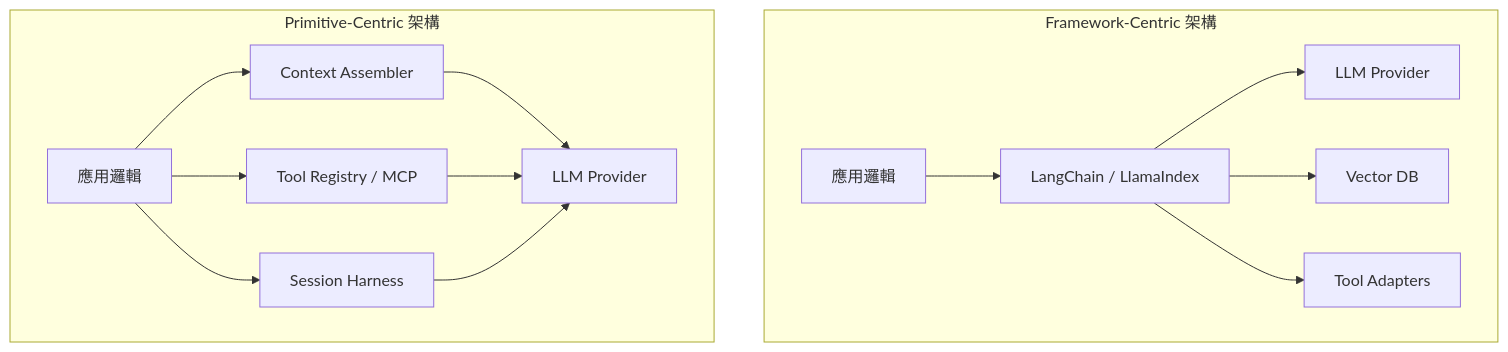
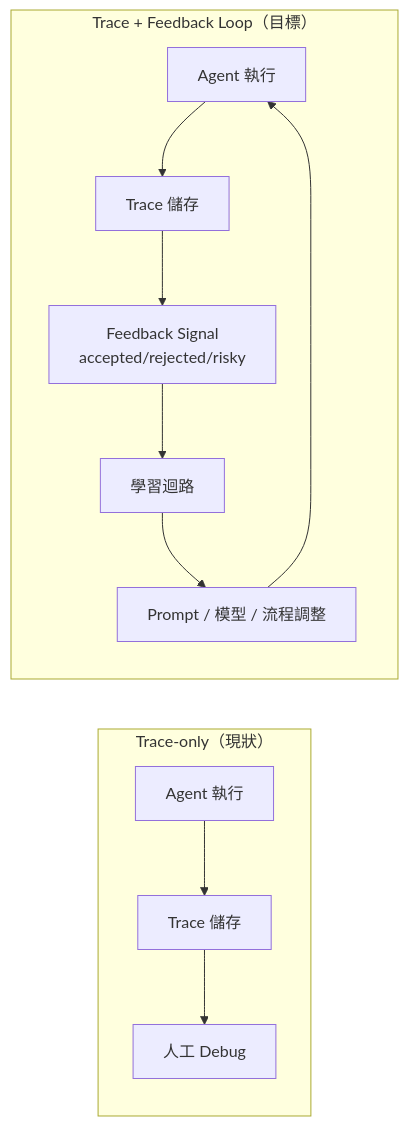
Before and after one commit to livia-hsieh/ai-intel-harness: diagram 13 of 23 in digests/2026-W19.md, drawn with Mermaid. The commit also changed other lines of this file and 1 other file, not shown here.

````diff
--- a/digests/2026-W19.md
+++ b/digests/2026-W19.md
@@ -664,17 +502,13 @@
 ```mermaid
-flowchart TD
-    subgraph FrameworkCentric["Framework-Centric 架構"]
-        A[應用邏輯] --> B[LangChain / LlamaIndex]
-        B --> C[LLM Provider]
-        B --> D[Vector DB]
-        B --> E[Tool Adapters]
+flowchart LR
+    subgraph A["Trace-only（現狀）"]
+        A1[Agent 執行] --> A2[Trace 儲存] --> A3[人工 Debug]
     end
-    subgraph PrimitiveCentric["Primitive-Centric 架構"]
-        F[應用邏輯] --> G[Context Assembler]
-        F --> H[Tool Registry / MCP]
-        F --> I[Session Harness]
-        G --> J[LLM Provider]
-        H --> J
-        I --> J
+    subgraph B["Trace + Feedback Loop（目標）"]
+        B1[Agent 執行] --> B2[Trace 儲存]
+        B2 --> B3[Feedback Signal\naccepted/rejected/risky]
+        B3 --> B4[學習迴路]
+        B4 --> B5[Prompt / 模型 / 流程調整]
+        B5 --> B1
     end
 ```
````
